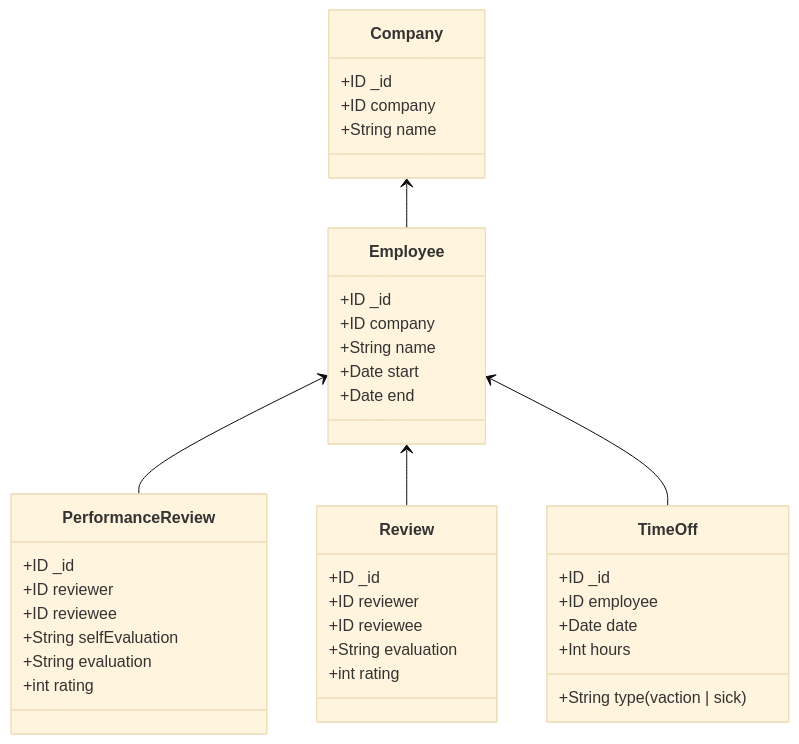
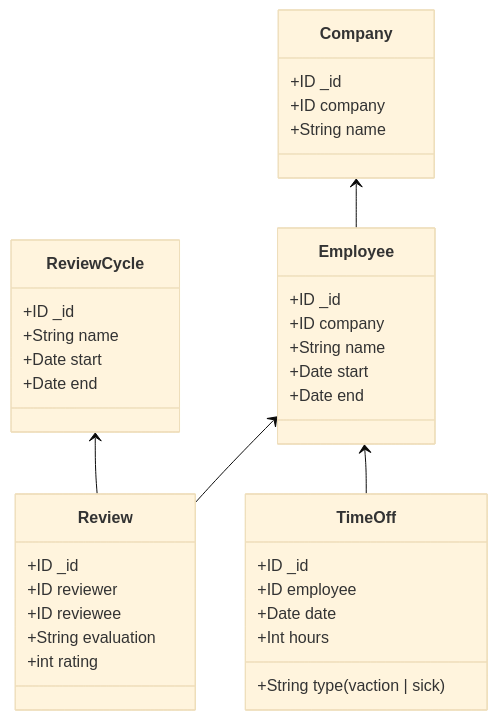
Before and after one commit to adamjberg/work: the diagram in README.md, drawn with Mermaid (base theme).

Commit message:
Add ReviewCycle to model

````diff
--- a/README.md
+++ b/README.md
@@ -7,41 +7,39 @@
 ```mermaid
 classDiagram
     class Company
       Company : +ID _id
       Company : +ID company
       Company : +String name
 
     class Employee
       Employee : +ID _id
       Employee : +ID company
       Employee : +String name
       Employee : +Date start
       Employee : +Date end
 
     class TimeOff
       TimeOff : +ID _id
       TimeOff : +ID employee
       TimeOff : +Date date
       TimeOff : +Int hours
       TimeOff : +String type (vaction | sick)
 
     class Review
       Review : +ID _id
       Review : +ID reviewer
       Review : +ID reviewee
       Review : +String evaluation
       Review : +int rating
     
-    class PerformanceReview
-      PerformanceReview : +ID _id
-      PerformanceReview : +ID reviewer
-      PerformanceReview : +ID reviewee
-      PerformanceReview : +String selfEvaluation
-      PerformanceReview : +String evaluation
-      PerformanceReview : +int rating
+    class ReviewCycle
+      ReviewCycle : +ID _id
+      ReviewCycle : +String name
+      ReviewCycle : +Date start
+      ReviewCycle : +Date end
 
     Company <-- Employee
-    Employee <-- PerformanceReview
+    ReviewCycle <-- Review
     Employee <-- Review
     Employee <-- TimeOff
 ```
````
